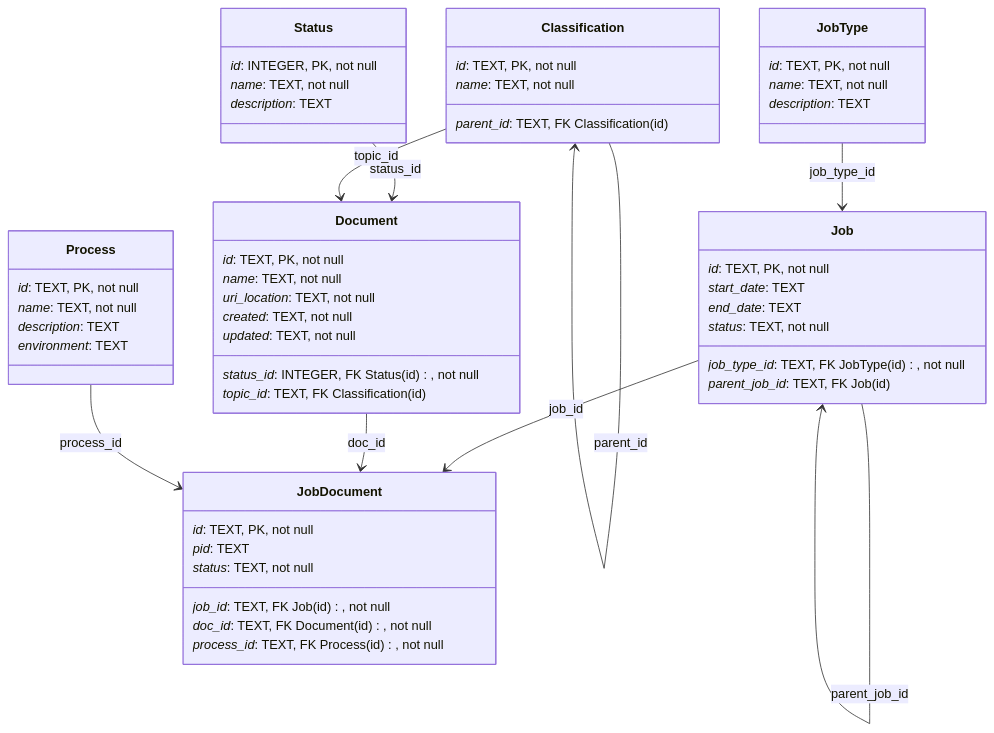
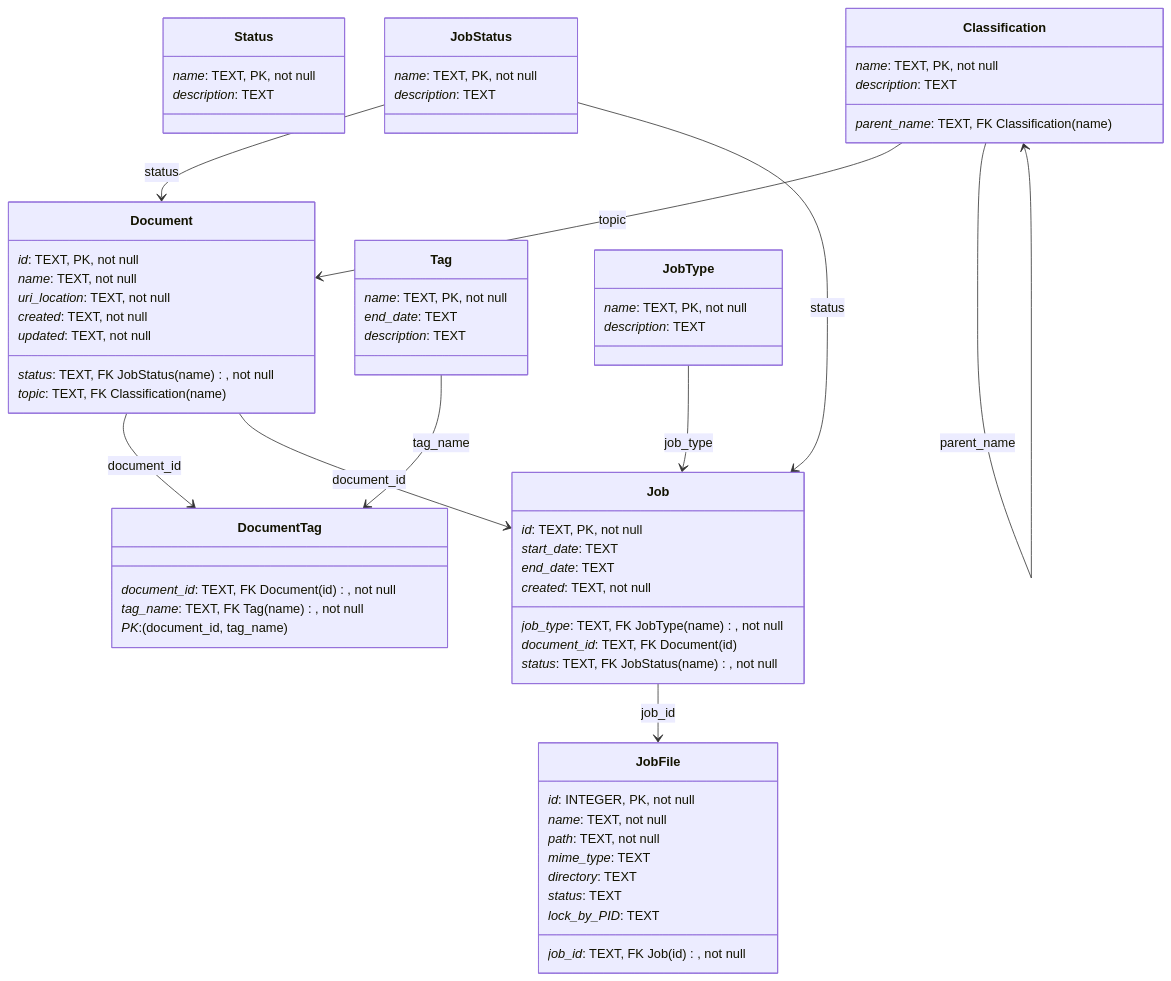
Before and after one commit to rmsantis-cl/4thBrain: the diagram in documets/design/classes.mmd, drawn with Mermaid. The commit also changed 42 other files, not shown here.

```diff
--- a/documets/design/classes.mmd
+++ b/documets/design/classes.mmd
@@ -1,62 +1,74 @@
 classDiagram
     class Document {
         *id*: TEXT, PK, not null
         *name*: TEXT, not null
         *uri_location*: TEXT, not null
-        *status_id*: INTEGER, FK Status(id), not null
+        *status*: TEXT, FK JobStatus(name), not null
+        *topic*: TEXT, FK Classification(name)
         *created*: TEXT, not null
         *updated*: TEXT, not null
-        *topic_id*: TEXT, FK Classification(id)
     }
 
     class Status {
-        *id*: INTEGER, PK, not null
-        *name*: TEXT, not null
+        *name*: TEXT, PK, not null
+        *description*: TEXT
+    }
+
+    class JobStatus {
+        *name*: TEXT, PK, not null
         *description*: TEXT
     }
 
     class Classification {
-        *id*: TEXT, PK, not null
-        *name*: TEXT, not null
-        *parent_id*: TEXT, FK Classification(id)
+        *name*: TEXT, PK, not null
+        *parent_name*: TEXT, FK Classification(name)
+        *description*: TEXT
+    }
+
+    class Tag {
+        *name*: TEXT, PK, not null
+        *end_date*: TEXT
+        *description*: TEXT
+    }
+
+    class DocumentTag {
+        *document_id*: TEXT, FK Document(id), not null
+        *tag_name*: TEXT, FK Tag(name), not null
+        *PK*: (document_id, tag_name)
     }
 
     class Job {
         *id*: TEXT, PK, not null
-        *job_type_id*: TEXT, FK JobType(id), not null
+        *job_type*: TEXT, FK JobType(name), not null
+        *document_id*: TEXT, FK Document(id)
+        *status*: TEXT, FK JobStatus(name), not null
         *start_date*: TEXT
         *end_date*: TEXT
-        *status*: TEXT, not null
-        *parent_job_id*: TEXT, FK Job(id)
+        *created*: TEXT, not null
     }
 
     class JobType {
-        *id*: TEXT, PK, not null
-        *name*: TEXT, not null
+        *name*: TEXT, PK, not null
         *description*: TEXT
     }
 
-    class Process {
-        *id*: TEXT, PK, not null
+    class JobFile {
+        *id*: INTEGER, PK, not null
+        *job_id*: TEXT, FK Job(id), not null
         *name*: TEXT, not null
-        *description*: TEXT
-        *environment*: TEXT
+        *path*: TEXT, not null
+        *mime_type*: TEXT
+        *directory*: TEXT
+        *status*: TEXT
+        *lock_by_PID*: TEXT
     }
 
-    class JobDocument {
-        *id*: TEXT, PK, not null
-        *job_id*: TEXT, FK Job(id), not null
-        *doc_id*: TEXT, FK Document(id), not null
-        *process_id*: TEXT, FK Process(id), not null
-        *pid*: TEXT
-        *status*: TEXT, not null
-    }
-
-    Status --> Document : status_id
-    Classification --> Document : topic_id
-    Classification --> Classification : parent_id
-    JobType --> Job : job_type_id
-    Job --> Job : parent_job_id
-    Job --> JobDocument : job_id
-    Document --> JobDocument : doc_id
-    Process --> JobDocument : process_id
+    JobStatus --> Document : status
+    Classification --> Document : topic
+    Classification --> Classification : parent_name
+    JobType --> Job : job_type
+    Document --> DocumentTag : document_id
+    Tag --> DocumentTag : tag_name
+    JobStatus --> Job : status
+    Document --> Job : document_id
+    Job --> JobFile : job_id
```
